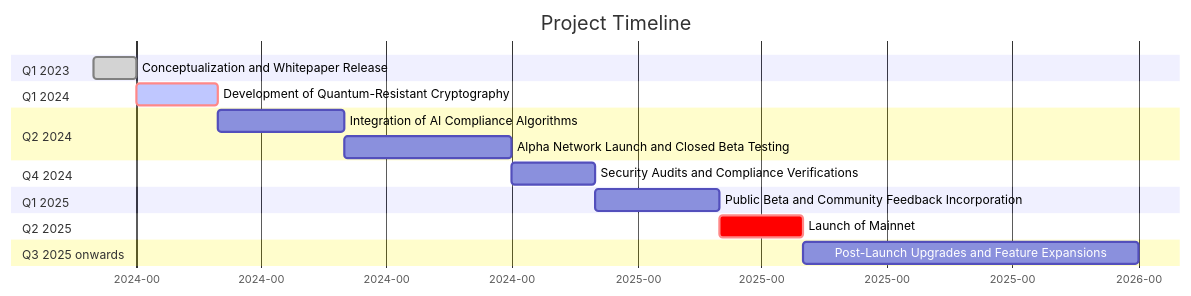
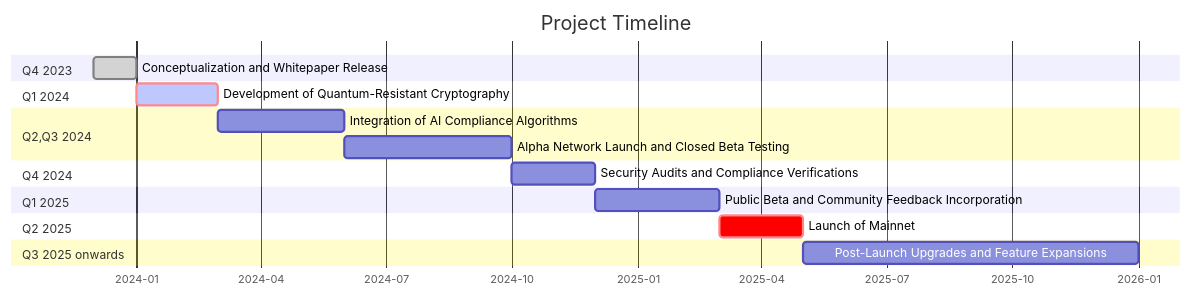
Before and after one commit to builder555/qail: the diagram in qail-draft.md, drawn with Mermaid.

````diff
--- a/qail-draft.md
+++ b/qail-draft.md
@@ -112,30 +112,29 @@
 ```mermaid
 gantt
     title Project Timeline
 
     dateFormat  YYYY-MM
-    axisFormat  %Y-%M
+    axisFormat  %Y-%m
 
-    section Q1 2023
+    section Q4 2023
     Conceptualization and Whitepaper Release: done, des1, 2023-12, 2024-01
 
     section Q1 2024
     Development of Quantum-Resistant Cryptography: crit, active, des2, 2024-01, 2024-03
 
-    section Q2 2024
+    section Q2,Q3 2024
     Integration of AI Compliance Algorithms: des3, 2024-03, 2024-06
     Alpha Network Launch and Closed Beta Testing: des4, 2024-06, 2024-10
 
     section Q4 2024
     Security Audits and Compliance Verifications: des5, 2024-10, 2024-12
 
     section Q1 2025
     Public Beta and Community Feedback Incorporation: des6, 2024-12, 2025-03
 
     section Q2 2025
     Launch of Mainnet: crit, des7, 2025-03, 2025-05
 
     section Q3 2025 onwards
     Post-Launch Upgrades and Feature Expansions: des8, 2025-05, 2026-01
-
 ```
````
